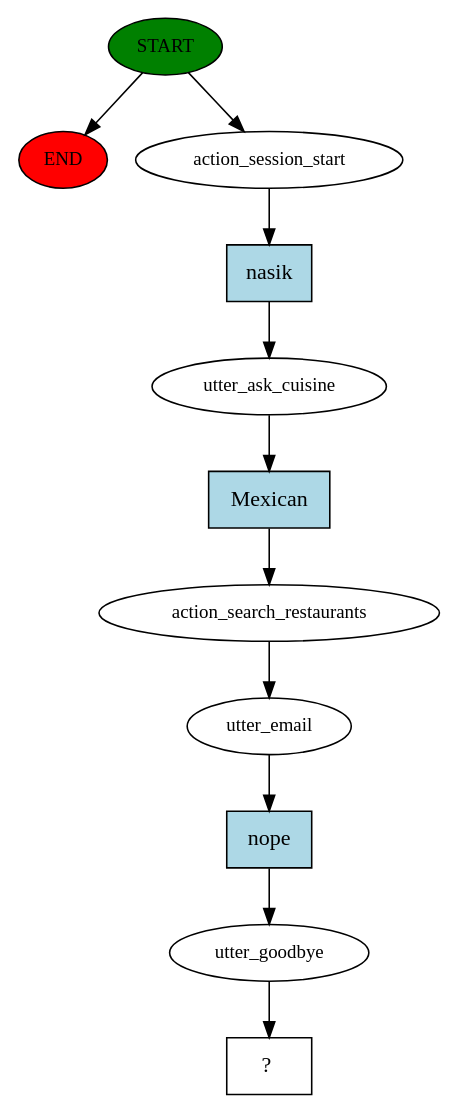
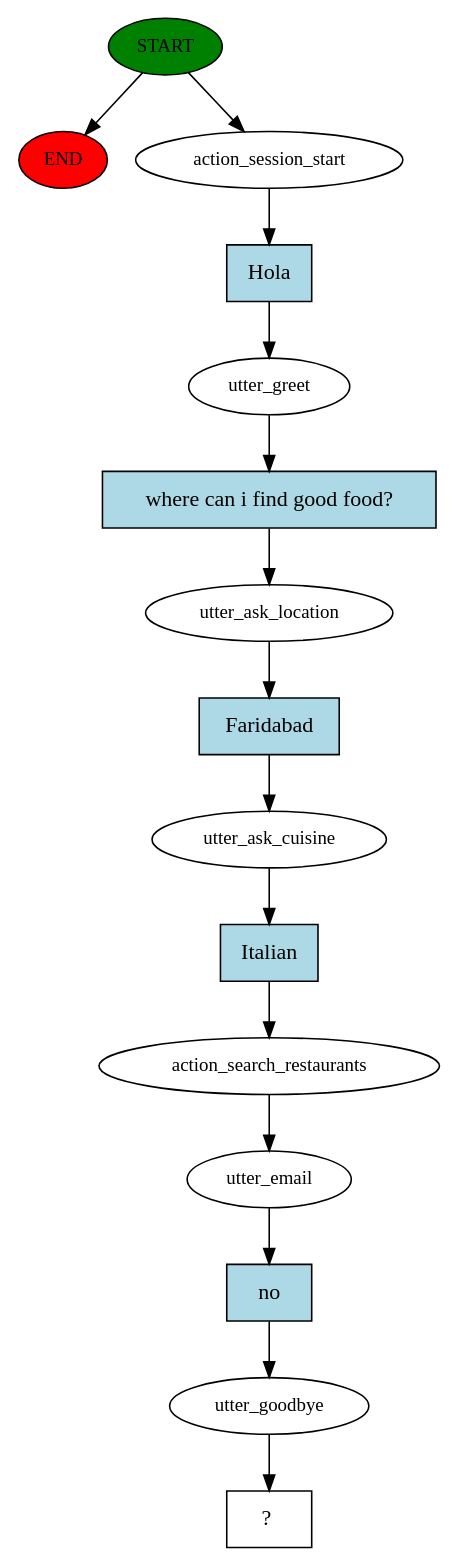
Before and after one commit to ahmfrz/restaurant-search-chatbot: the diagram in story_graph.dot, drawn with Graphviz. The commit also changed 5 other files, not shown here.

```diff
--- a/story_graph.dot
+++ b/story_graph.dot
@@ -1,23 +1,31 @@
 digraph  {
 0 [class="start active", fillcolor=green, fontsize=12, label=START, style=filled];
 "-1" [class=end, fillcolor=red, fontsize=12, label=END, style=filled];
 1 [class=active, fontsize=12, label=action_session_start];
-2 [class=active, fontsize=12, label=utter_ask_cuisine];
-3 [class=active, fontsize=12, label=action_search_restaurants];
-4 [class=active, fontsize=12, label=utter_email];
-5 [class=active, fontsize=12, label=utter_goodbye];
-6 [class="intent dashed active", label="  ?  ", shape=rect];
-7 [class="intent active", fillcolor=lightblue, label=nasik, shape=rect, style=filled];
-8 [class="intent active", fillcolor=lightblue, label=Mexican, shape=rect, style=filled];
-9 [class="intent active", fillcolor=lightblue, label=nope, shape=rect, style=filled];
+2 [class=active, fontsize=12, label=utter_greet];
+3 [class=active, fontsize=12, label=utter_ask_location];
+4 [class=active, fontsize=12, label=utter_ask_cuisine];
+5 [class=active, fontsize=12, label=action_search_restaurants];
+6 [class=active, fontsize=12, label=utter_email];
+7 [class=active, fontsize=12, label=utter_goodbye];
+8 [class="intent dashed active", label="  ?  ", shape=rect];
+9 [class="intent active", fillcolor=lightblue, label=Hola, shape=rect, style=filled];
+10 [class="intent active", fillcolor=lightblue, label="where can i find good food?", shape=rect, style=filled];
+11 [class="intent active", fillcolor=lightblue, label=Faridabad, shape=rect, style=filled];
+12 [class="intent active", fillcolor=lightblue, label=Italian, shape=rect, style=filled];
+13 [class="intent active", fillcolor=lightblue, label=no, shape=rect, style=filled];
 0 -> "-1"  [class="", key=NONE, label=""];
 0 -> 1  [class=active, key=NONE, label=""];
-1 -> 7  [class=active, key=0];
-2 -> 8  [class=active, key=0];
-3 -> 4  [class=active, key=NONE, label=""];
-4 -> 9  [class=active, key=0];
+1 -> 9  [class=active, key=0];
+2 -> 10  [class=active, key=0];
+3 -> 11  [class=active, key=0];
+4 -> 12  [class=active, key=0];
 5 -> 6  [class=active, key=NONE, label=""];
-7 -> 2  [class=active, key=0];
-8 -> 3  [class=active, key=0];
-9 -> 5  [class=active, key=0];
+6 -> 13  [class=active, key=0];
+7 -> 8  [class=active, key=NONE, label=""];
+9 -> 2  [class=active, key=0];
+10 -> 3  [class=active, key=0];
+11 -> 4  [class=active, key=0];
+12 -> 5  [class=active, key=0];
+13 -> 7  [class=active, key=0];
 }
```
